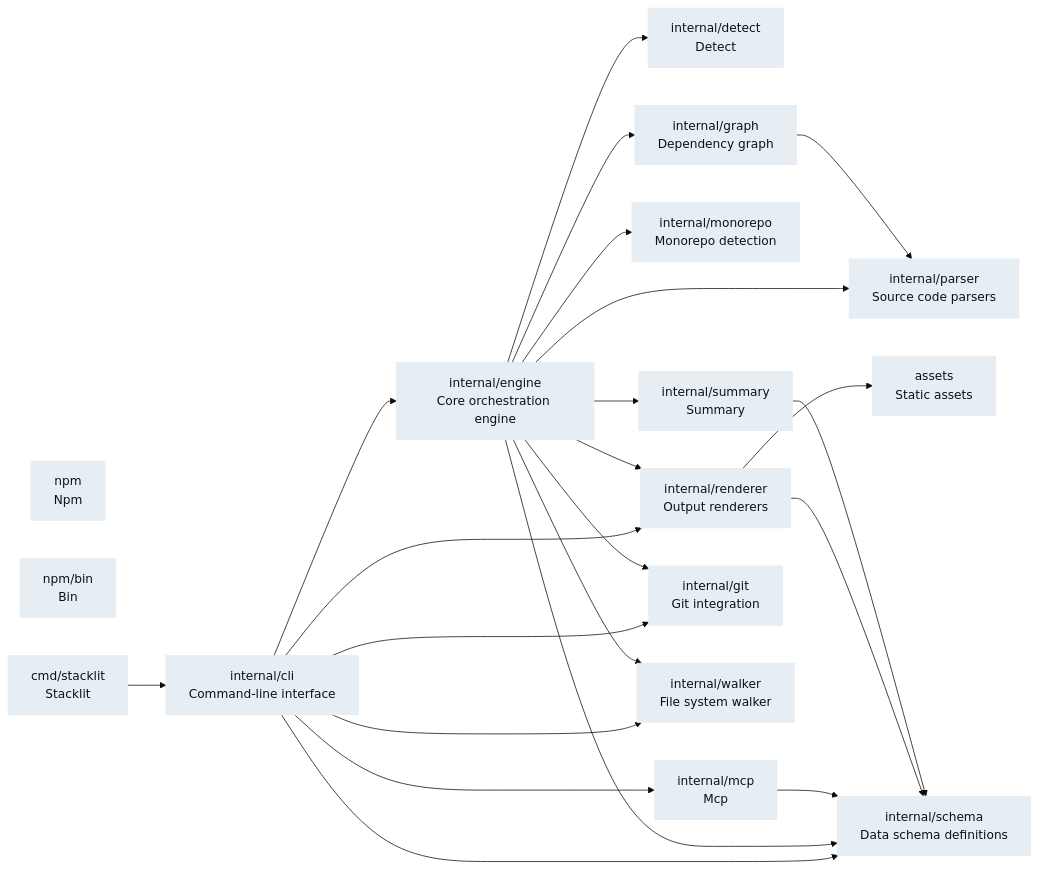
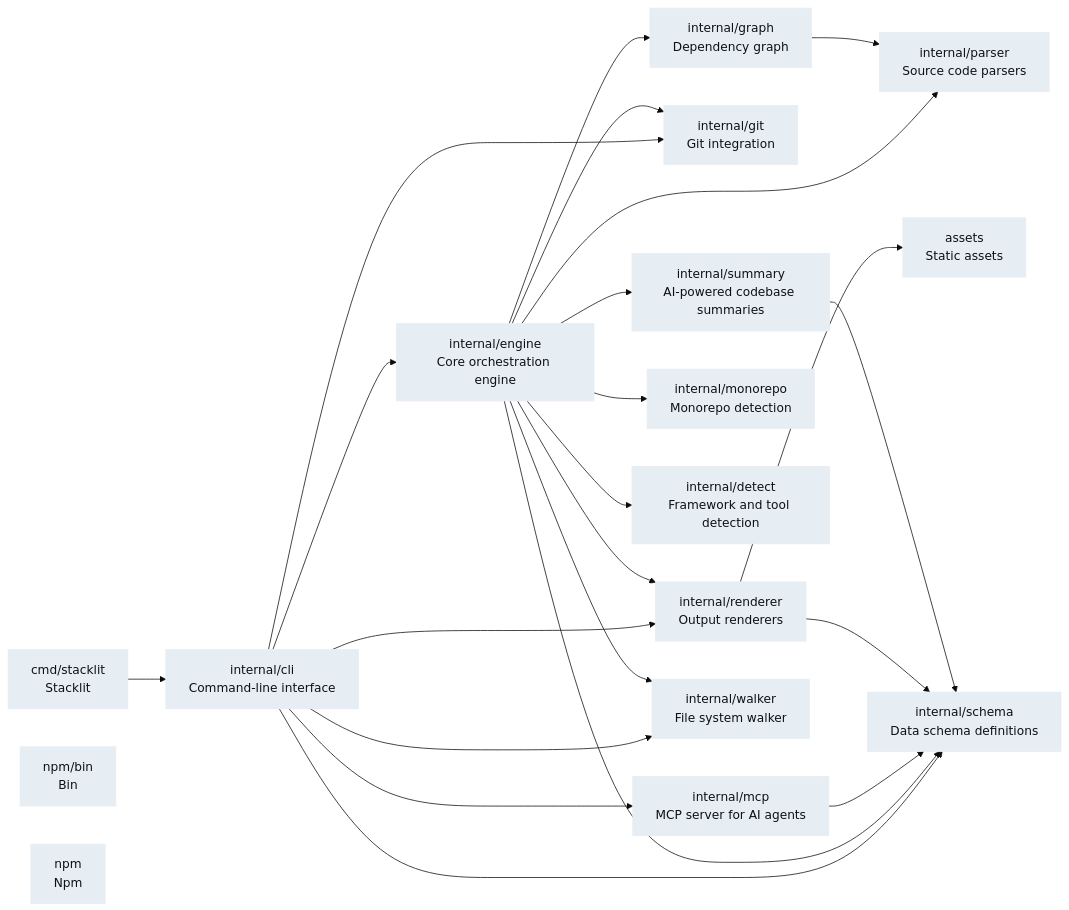
Before and after one commit to atharvasingh7007/stacklit: the diagram in stacklit.mmd, drawn with Mermaid (base theme). The commit also changed 1 other file, not shown here.

```diff
--- a/stacklit.mmd
+++ b/stacklit.mmd
@@ -1,44 +1,44 @@
 graph LR
+  classDef typescript fill:#c9d1d9,color:#0d1117,stroke:#c9d1d9
+  classDef python fill:#b1bac4,color:#0d1117,stroke:#b1bac4
   classDef rust fill:#a5b3bf,color:#0d1117,stroke:#a5b3bf
   classDef go fill:#e6edf3,color:#0d1117,stroke:#e6edf3
   classDef javascript fill:#c9d1d9,color:#0d1117,stroke:#c9d1d9
   classDef java fill:#8b949e,color:#0d1117,stroke:#8b949e
-  classDef typescript fill:#c9d1d9,color:#0d1117,stroke:#c9d1d9
-  classDef python fill:#b1bac4,color:#0d1117,stroke:#b1bac4
-  internal_detect["internal/detect\nDetect"]:::go
+  cmd_stacklit["cmd/stacklit\nStacklit"]:::go
+  internal_cli["internal/cli\nCommand-line interface"]:::go
+  internal_engine["internal/engine\nCore orchestration engine"]:::go
+  internal_mcp["internal/mcp\nMCP server for AI agents"]:::go
+  npm_bin["npm/bin\nBin"]:::go
+  assets["assets\nStatic assets"]:::go
+  internal_git["internal/git\nGit integration"]:::go
+  internal_renderer["internal/renderer\nOutput renderers"]:::go
+  internal_graph["internal/graph\nDependency graph"]:::go
+  internal_monorepo["internal/monorepo\nMonorepo detection"]:::go
+  npm["npm\nNpm"]:::go
+  internal_detect["internal/detect\nFramework and tool detection"]:::go
   internal_parser["internal/parser\nSource code parsers"]:::go
-  npm["npm\nNpm"]:::go
-  assets["assets\nStatic assets"]:::go
-  internal_cli["internal/cli\nCommand-line interface"]:::go
-  internal_mcp["internal/mcp\nMcp"]:::go
-  internal_monorepo["internal/monorepo\nMonorepo detection"]:::go
   internal_schema["internal/schema\nData schema definitions"]:::go
-  internal_engine["internal/engine\nCore orchestration engine"]:::go
-  internal_graph["internal/graph\nDependency graph"]:::go
-  internal_renderer["internal/renderer\nOutput renderers"]:::go
-  internal_summary["internal/summary\nSummary"]:::go
-  npm_bin["npm/bin\nBin"]:::go
-  cmd_stacklit["cmd/stacklit\nStacklit"]:::go
-  internal_git["internal/git\nGit integration"]:::go
+  internal_summary["internal/summary\nAI-powered codebase summaries"]:::go
   internal_walker["internal/walker\nFile system walker"]:::go
   cmd_stacklit --> internal_cli
   internal_cli --> internal_engine
   internal_cli --> internal_git
   internal_cli --> internal_mcp
   internal_cli --> internal_renderer
   internal_cli --> internal_schema
   internal_cli --> internal_walker
   internal_engine --> internal_detect
   internal_engine --> internal_git
   internal_engine --> internal_graph
   internal_engine --> internal_monorepo
   internal_engine --> internal_parser
   internal_engine --> internal_renderer
   internal_engine --> internal_schema
   internal_engine --> internal_summary
   internal_engine --> internal_walker
   internal_graph --> internal_parser
   internal_mcp --> internal_schema
   internal_renderer --> assets
   internal_renderer --> internal_schema
   internal_summary --> internal_schema
```
